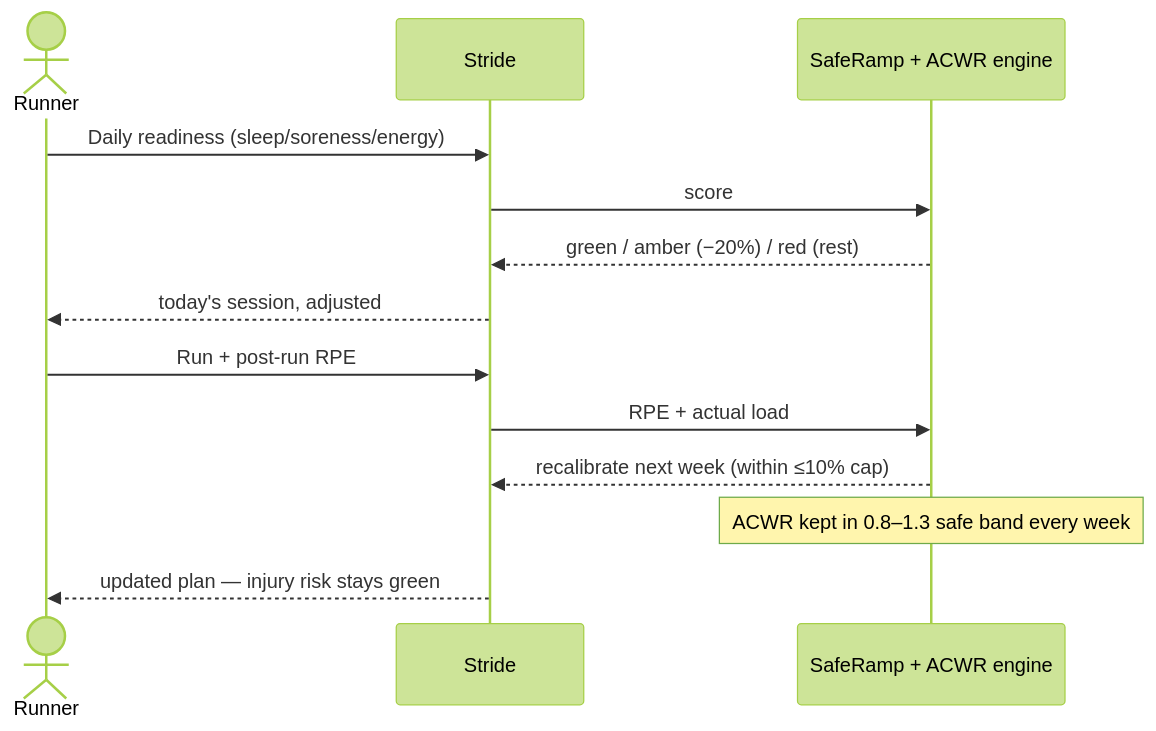
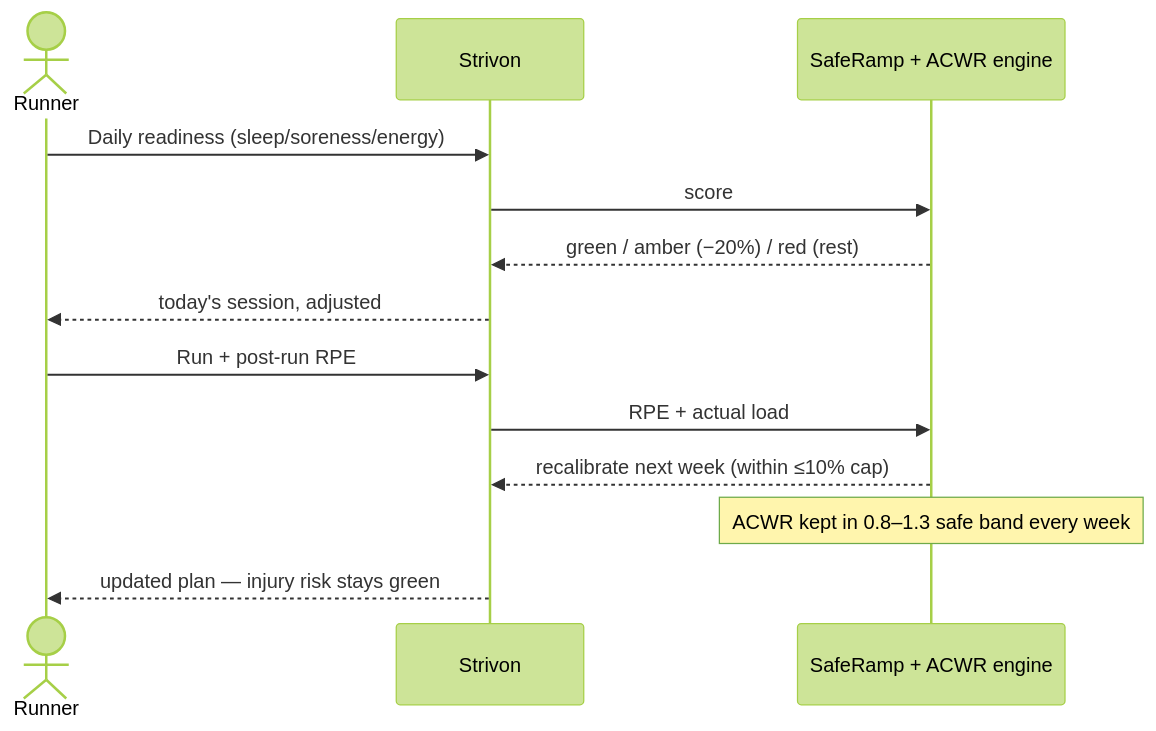
One commit to soumyadg/stride-coach changed the third of 4 diagrams in README.md. Above: the diagram before and after it, drawn with Mermaid (forest theme). The commit also changed other lines of this file and 16 other files, not shown here.

First line of the commit message:
brand: rename Stride Coach → Strivon everywhere (new name + 'Train smarter.')

````diff
--- a/README.md
+++ b/README.md
@@ -123,15 +123,15 @@
 ```mermaid
 sequenceDiagram
     actor U as Runner
-    participant A as Stride
+    participant A as Strivon
     participant E as SafeRamp + ACWR engine
     U->>A: Daily readiness (sleep/soreness/energy)
     A->>E: score
     E-->>A: green / amber (−20%) / red (rest)
     A-->>U: today's session, adjusted
     U->>A: Run + post-run RPE
     A->>E: RPE + actual load
     E-->>A: recalibrate next week (within ≤10% cap)
     Note over E: ACWR kept in 0.8–1.3 safe band every week
     A-->>U: updated plan — injury risk stays green
 ```
````
